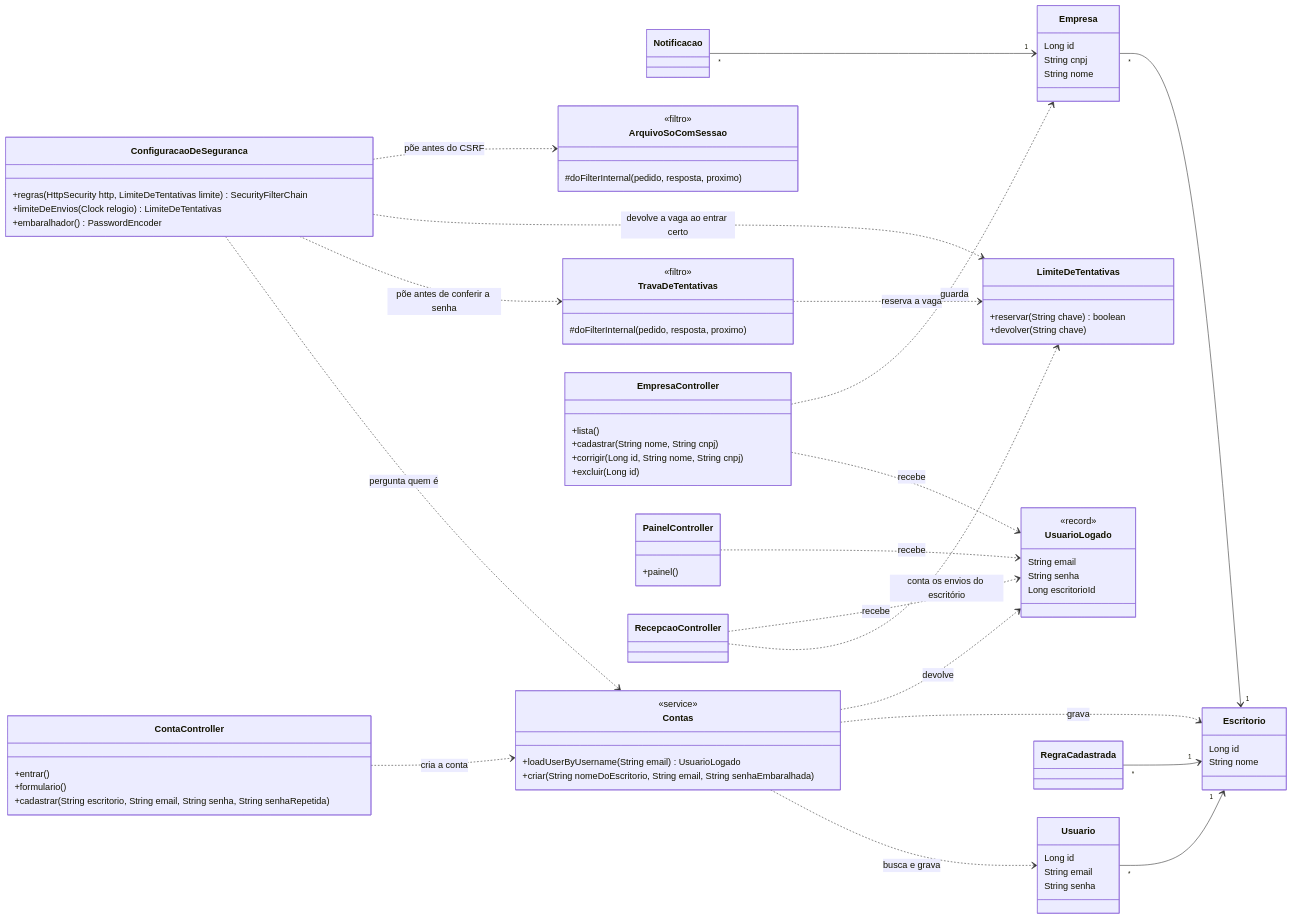
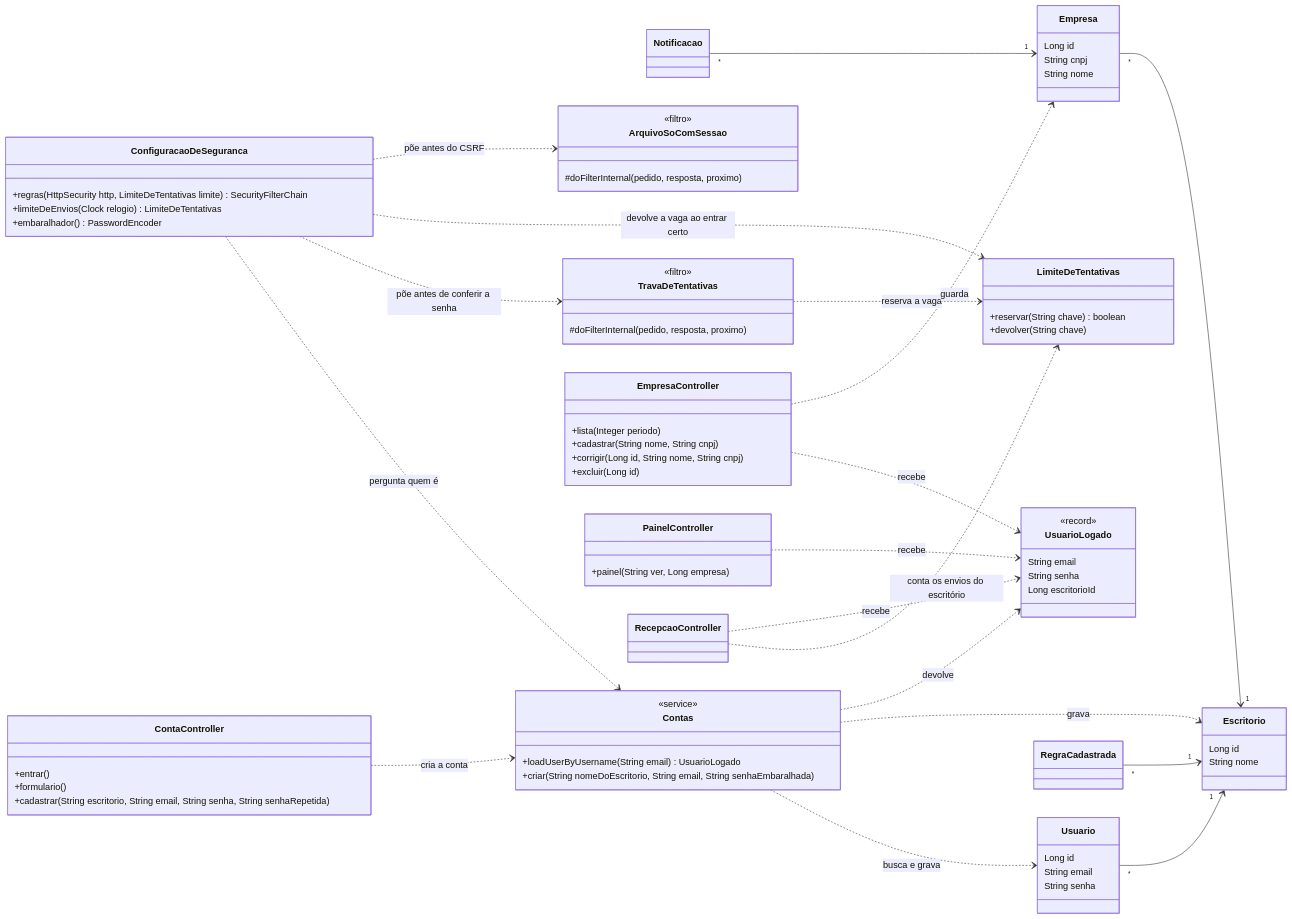
One commit to namtech-agents/atalaia changed the fourth of 9 diagrams in docs/04-arquitetura/arquitetura.md. Above: the diagram before and after it, drawn with Mermaid. The commit also changed other lines of this file and 14 other files, not shown here.

```diff
--- a/docs/04-arquitetura/arquitetura.md
+++ b/docs/04-arquitetura/arquitetura.md
@@ -430,13 +431,13 @@
         +devolver(String chave)
     }
     class EmpresaController {
-        +lista()
+        +lista(Integer periodo)
         +cadastrar(String nome, String cnpj)
         +corrigir(Long id, String nome, String cnpj)
         +excluir(Long id)
     }
     class PainelController {
-        +painel()
+        +painel(String ver, Long empresa)
     }
     class RecepcaoController
     class RegraCadastrada
```
